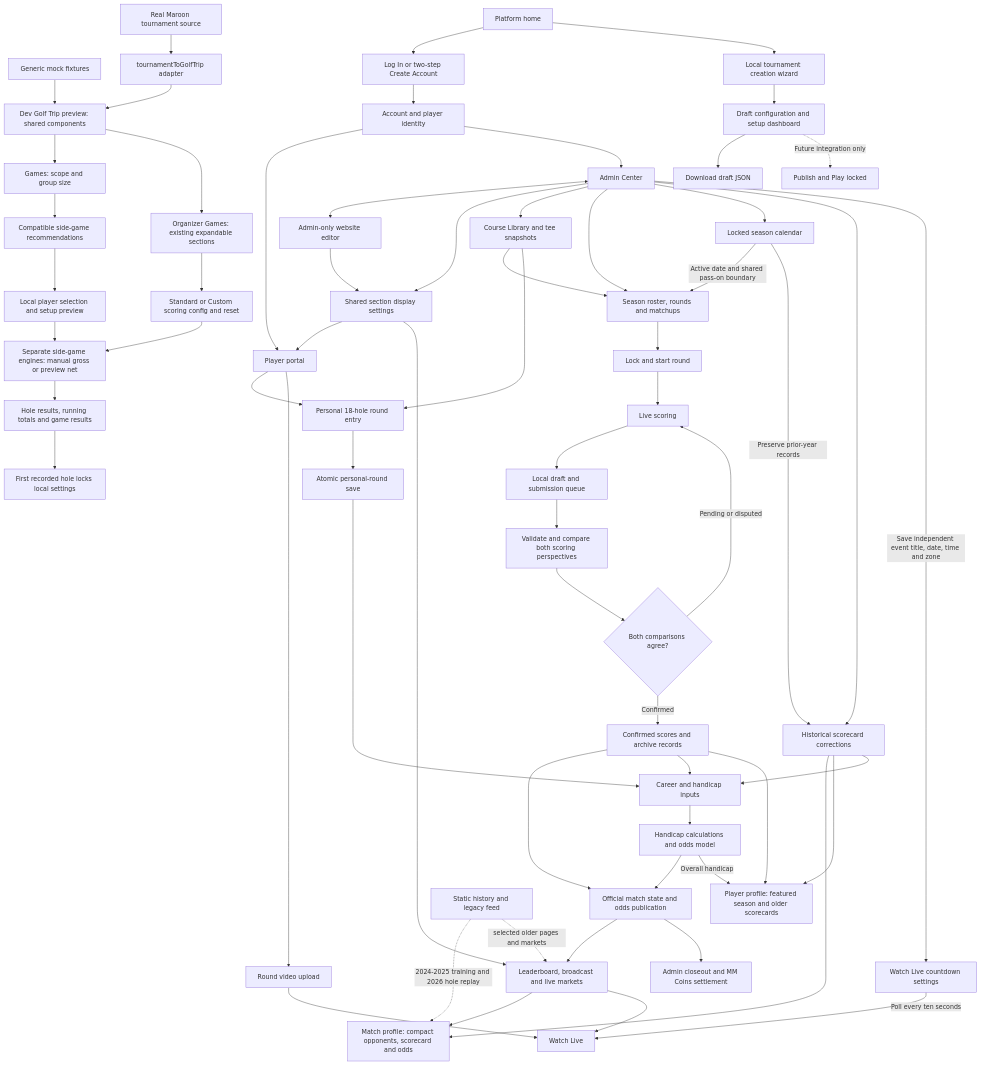
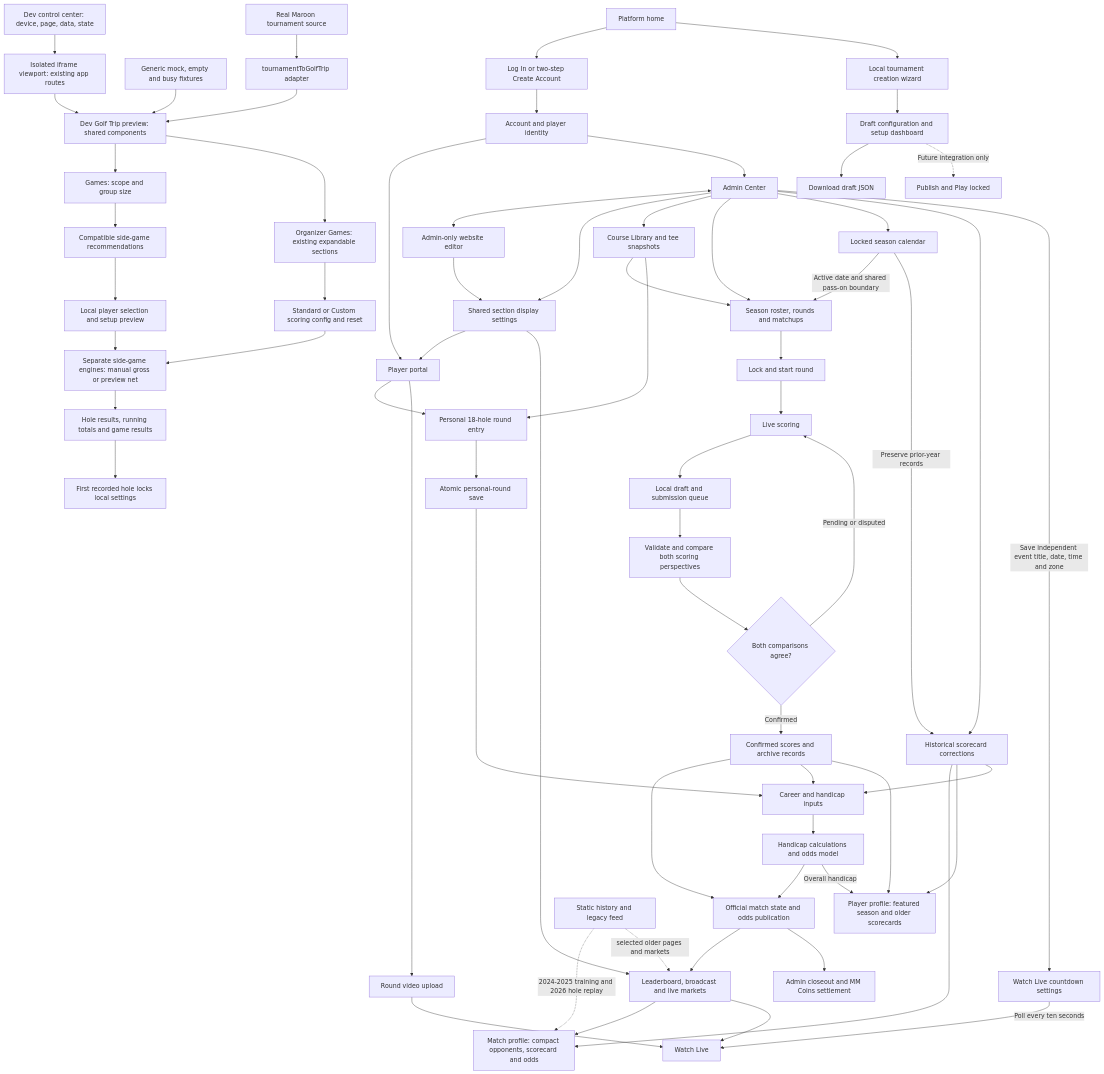
The diagram in docs/app-workflow.md (cadebarone00/MM-Website), drawn with Mermaid before and after one commit. The commit also changed other lines of this file and 13 other files, not shown here.

```diff
--- a/docs/app-workflow.md
+++ b/docs/app-workflow.md
@@ -38,7 +42,9 @@
   %% Dev Settings wheel opens a maroon Trip Settings layout with the fixture trip name at top right beside a back chevron, General/Organizer text-and-underline selector, short cream category boxes with gold accents and shadows and no phone status icons; General/Organizer selection is local; General shows six Place holder cards and Organizer starts with Players and Competition followed by four Place holder cards and site bottom navigation is hidden.
   %% Golf Trip dev preview: settings wheel > Organizer > Competition opens a round-selection sheet with one day/round/course box per round, then selected-round maroon Spectral settings with gold switches and circular formats retaining all round data; Save returns to the round-selection sheet with memory-only edits; shared layout state supplies organizer settings; Golf Competition uses independent fictional format samples; started rounds lock edits. Resets on reload; no persistence or scoring integration.
   %% New Game and Info Add share the same action-sheet popup presentation; game scope choices remain Whole Tournament / Per Round.
-  GM[Generic mock fixtures] --> GP[Dev Golf Trip preview: shared components]
+  DC[Dev control center: device, page, data, state] --> IF[Isolated iframe viewport: existing app routes]
+  IF --> GP[Dev Golf Trip preview: shared components]
+  GM[Generic mock, empty and busy fixtures] --> GP
   MT[Real Maroon tournament source] --> TA[tournamentToGolfTrip adapter]
   TA --> GP
   GP --> GS[Games: scope and group size]
@@ -69,7 +75,7 @@
   %% Tournament home hero uses a neutral black readability gradient over desktop video and mobile photo.
   %% Browser tabs use a single dark-maroon M with a thin muted metallic-gold outline on transparent alpha through favicon.ico (16/32/48px) and icon.png (64px), shared by tournament and journal routes.
   %% Public entry: / opens the platform home; editorial stays at /the-maroon; founding tournament Home stays at /website.
-  %% Root homepage Motion pilot: Discover button press and Join Tournament card hover/tap only; reduced motion disables animation. Other shared patterns remain unapplied.
+  %% Homepage Join Tournament card: immediate press compression, unchanged Next link, then one-shot destination main fade/rise; reduced motion disables both. No shared-element expansion; other entry points unchanged.
   %% The Maroon routes replace tournament chrome with their own maroon header and tournament-site link to /website; a shallow shared photo hero holds schedule-style Home/category navigation.
   %% More places The Maroon photo home link below social links, followed by Courses, Equipment, Teaching and News; public journal pages use existing course/history links and explicit unpublished-section placeholders.
   %% Active follows handoff; the next year becomes Upcoming the day after the active event end date in its time zone; later years are Future. Event countdown follows Upcoming Session 1 / Match 1 saved date and time, independent of home display settings or setup locks.
```
